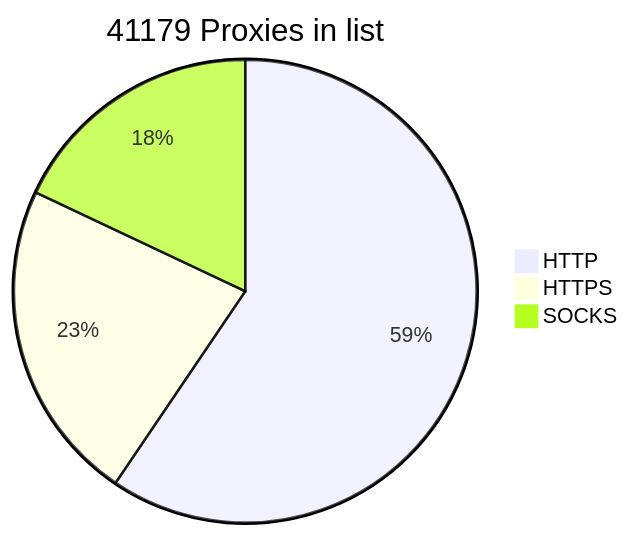
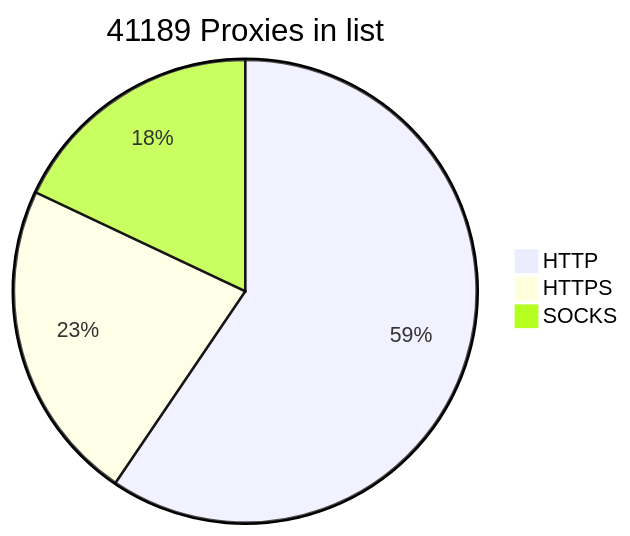
Before and after one commit to BlackSnowDot/proxylist-update-every-minute: the diagram in README.md, drawn with Mermaid.

````diff
--- a/README.md
+++ b/README.md
@@ -2,6 +2,6 @@
 ```mermaid
-pie title 41179 Proxies in list
-    "HTTP" : 28813
-    "HTTPS": 10927
-    "SOCKS" : 8712
+pie title 41189 Proxies in list
+    "HTTP" : 28823
+    "HTTPS": 10925
+    "SOCKS" : 8713
 ```
````
